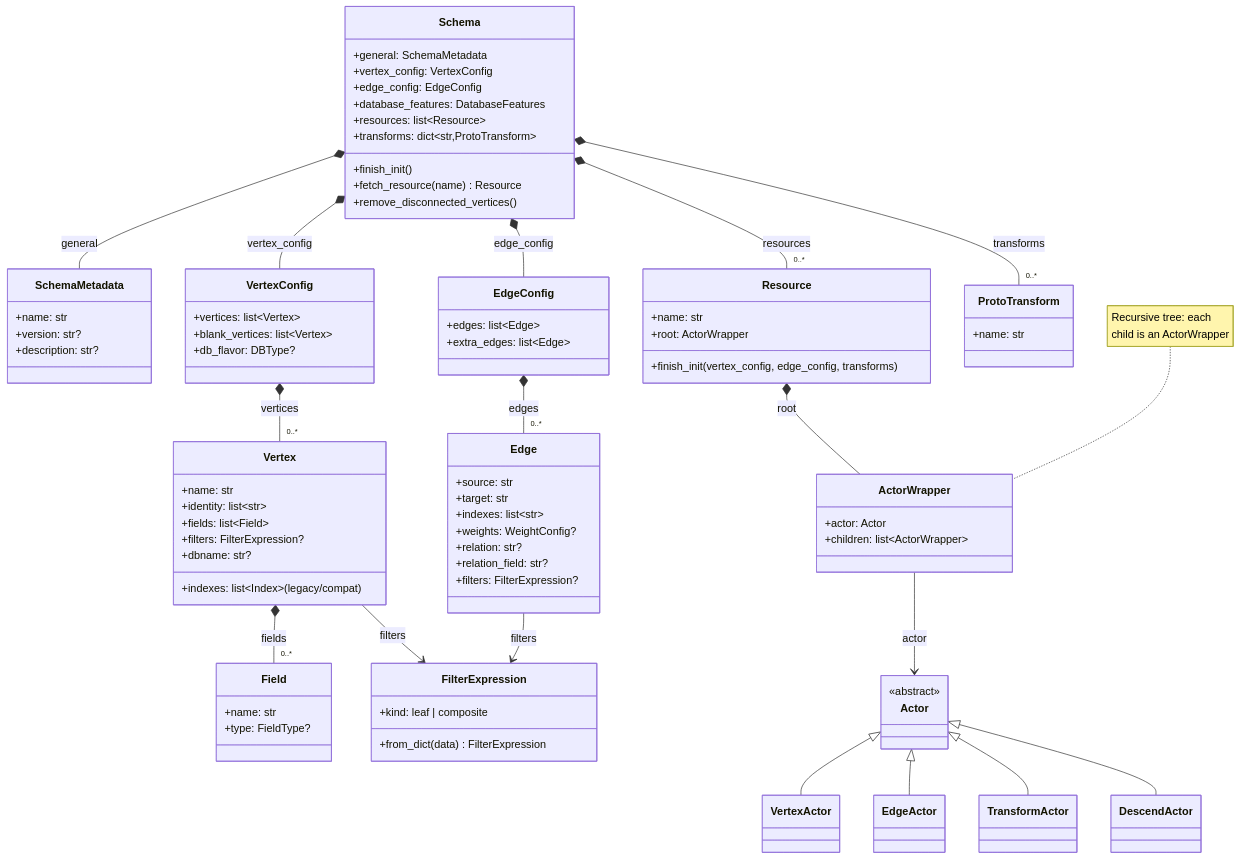
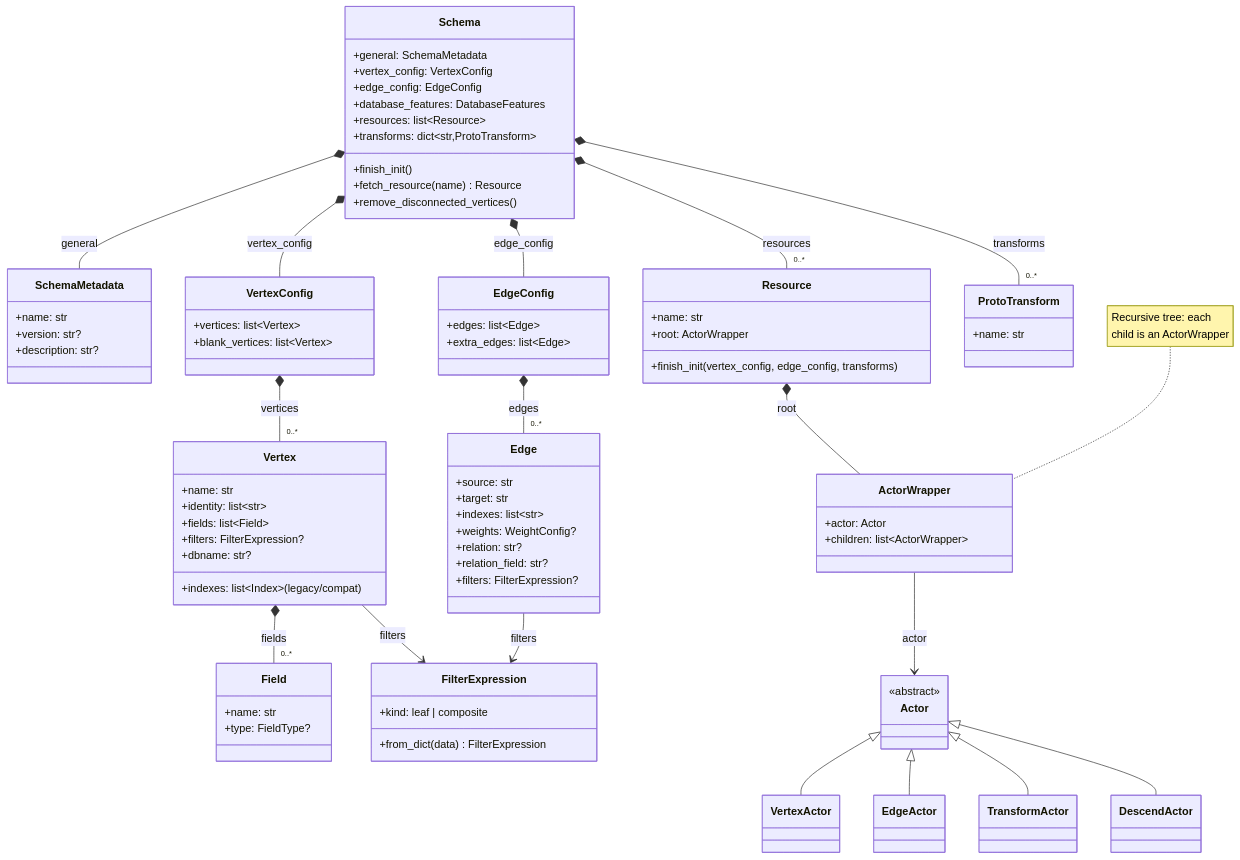
Before and after one commit to growgraph/graflo: the fourth of 6 diagrams in docs/concepts/index.md, drawn with Mermaid. The commit also changed 25 other files, not shown here.

```diff
--- a/docs/concepts/index.md
+++ b/docs/concepts/index.md
@@ -186,7 +186,6 @@
     class VertexConfig {
         +vertices: list~Vertex~
         +blank_vertices: list~Vertex~
-        +db_flavor: DBType?
     }
 
     class Vertex {
```
